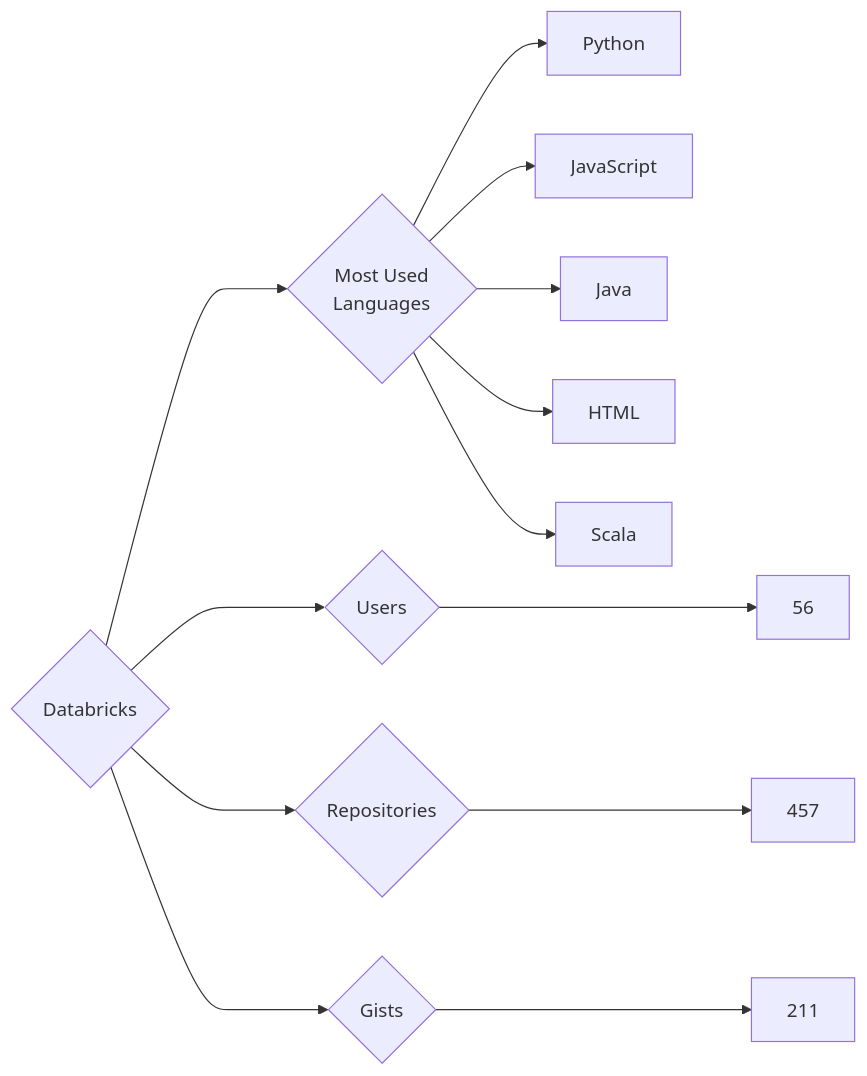
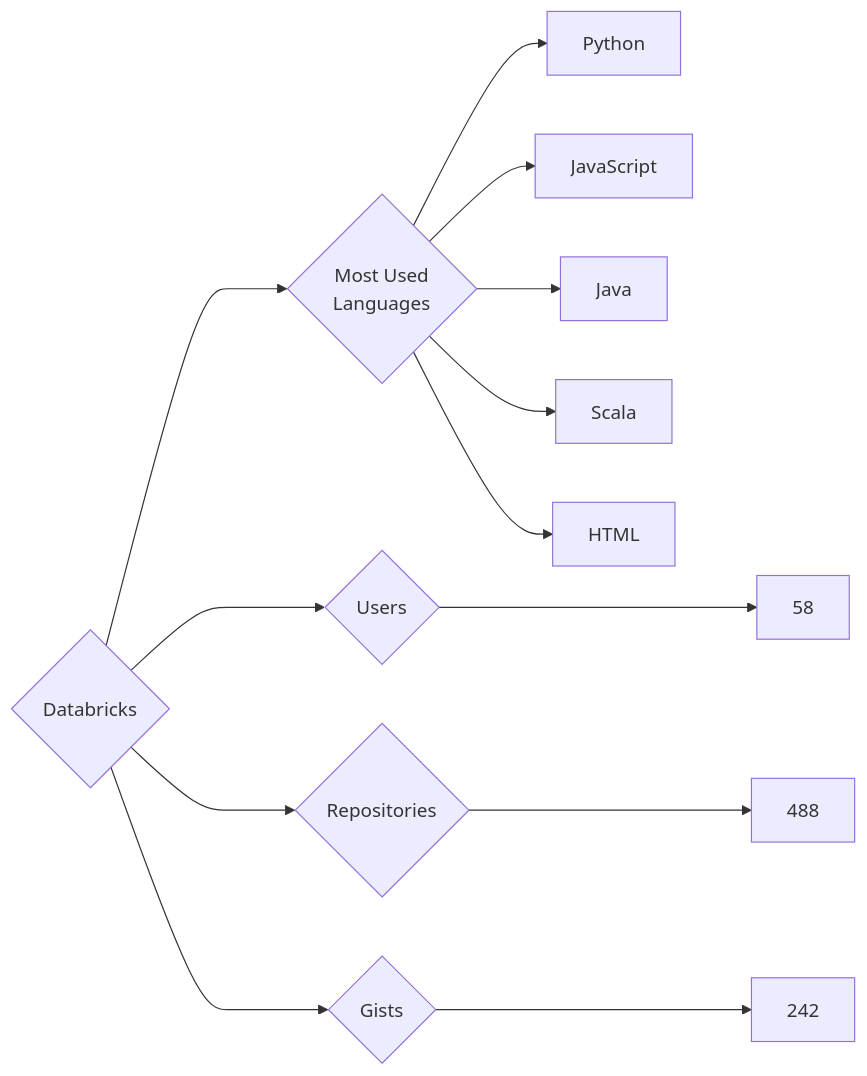
One commit to trickest/insiders changed the diagram in targets/Databricks/README.md. Above: the diagram before and after it, drawn with Mermaid. The commit also changed 972 other files, not shown here.

````diff
--- a/targets/Databricks/README.md
+++ b/targets/Databricks/README.md
@@ -3,13 +3,13 @@
 ```mermaid
 graph LR
 COMPANY_NAME{Databricks}
-COMPANY_NAME ---> U{Users} ---> UN[56]
-COMPANY_NAME ---> R{Repositories} ---> RN[457]
-COMPANY_NAME ---> G{Gists} ---> GN[211]
+COMPANY_NAME ---> U{Users} ---> UN[58]
+COMPANY_NAME ---> R{Repositories} ---> RN[488]
+COMPANY_NAME ---> G{Gists} ---> GN[242]
 COMPANY_NAME ---> ML{Most Used<br>Languages}
 ML --> Python[Python]
 ML --> JavaScript[JavaScript]
 ML --> Java[Java]
+ML --> Scala[Scala]
 ML --> HTML[HTML]
-ML --> Scala[Scala]
 ```
````
